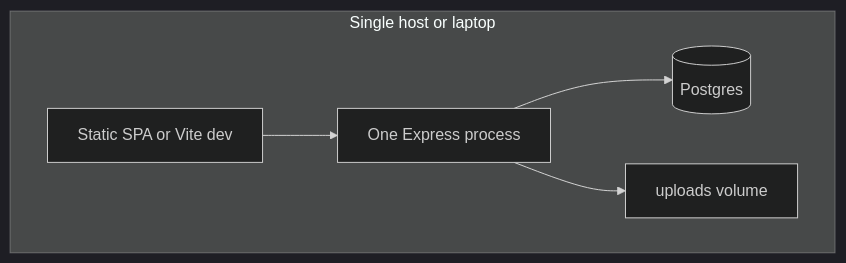
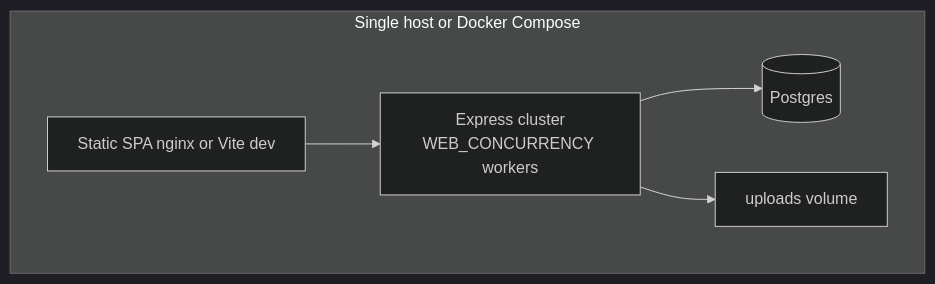
Before and after one commit to sanjeewa-dev/lms-code: the ninth of 9 diagrams in docs/architecture-current.md, drawn with Mermaid (dark theme). The commit also changed other lines of this file and 84 other files, not shown here.

````diff
--- a/docs/architecture-current.md
+++ b/docs/architecture-current.md
@@ -261,11 +263,11 @@
 ```mermaid
 flowchart TB
-  subgraph host [Single host or laptop]
-    FE["Static SPA or Vite dev"]
-    BE["One Express process"]
+  subgraph host [Single host or Docker Compose]
+    FE["Static SPA nginx or Vite dev"]
+    BE["Express cluster<br/>WEB_CONCURRENCY workers"]
     PG[(Postgres)]
     Disk["uploads volume"]
   end
   FE --> BE --> PG
   BE --> Disk
 ```
````
